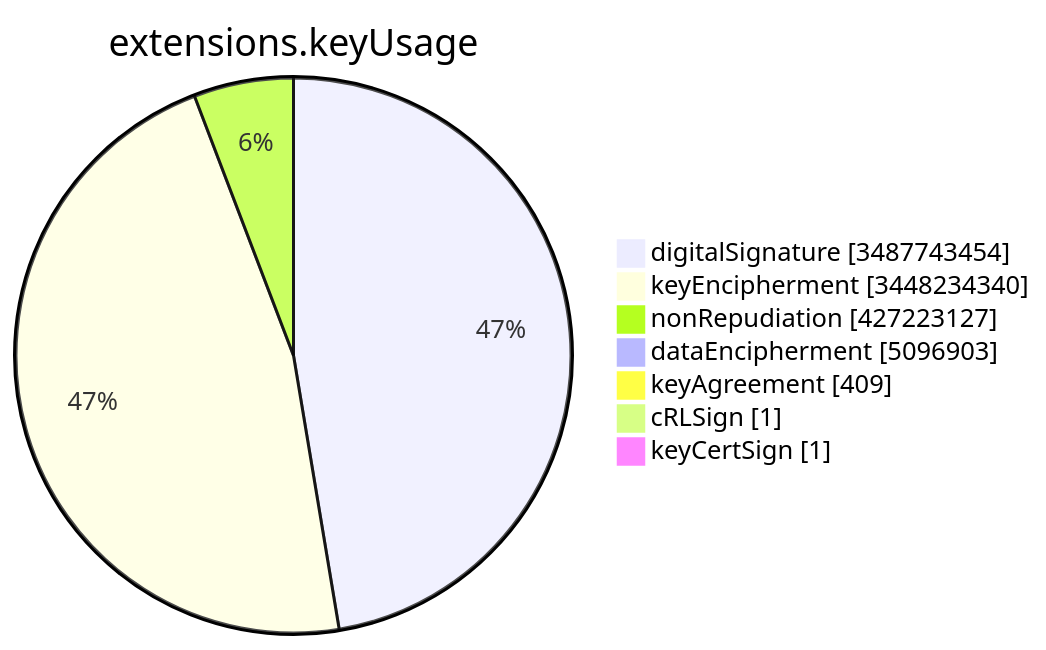
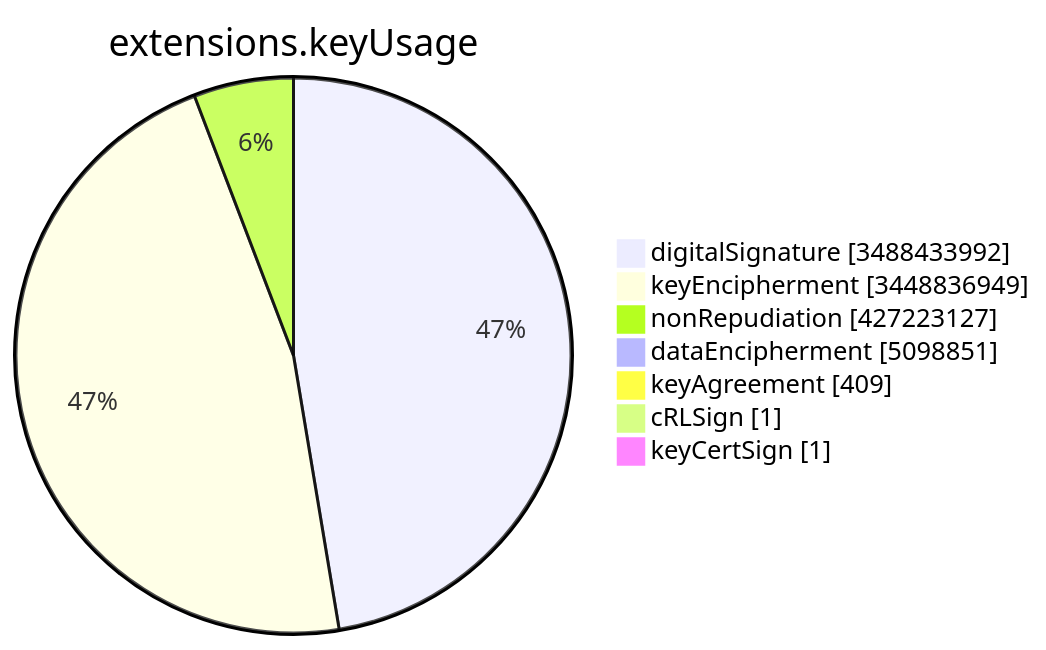
One commit to christiankrug/ctmonitor_visualization changed the sixth of 15 diagrams in TOTAL/README.md. Above: the diagram before and after it, drawn with Mermaid. The commit also changed other lines of this file, not shown here.

````diff
--- a/TOTAL/README.md
+++ b/TOTAL/README.md
@@ -3083,11 +3083,11 @@
 ```mermaid
 pie showData
 title extensions.keyUsage
-"digitalSignature" :3487743454
-"keyEncipherment" :3448234340
+"digitalSignature" :3488433992
+"keyEncipherment" :3448836949
 "nonRepudiation" :427223127
-"dataEncipherment" :5096903
+"dataEncipherment" :5098851
 "keyAgreement" :409
 "cRLSign" :1
 "keyCertSign" :1
 ```
````
